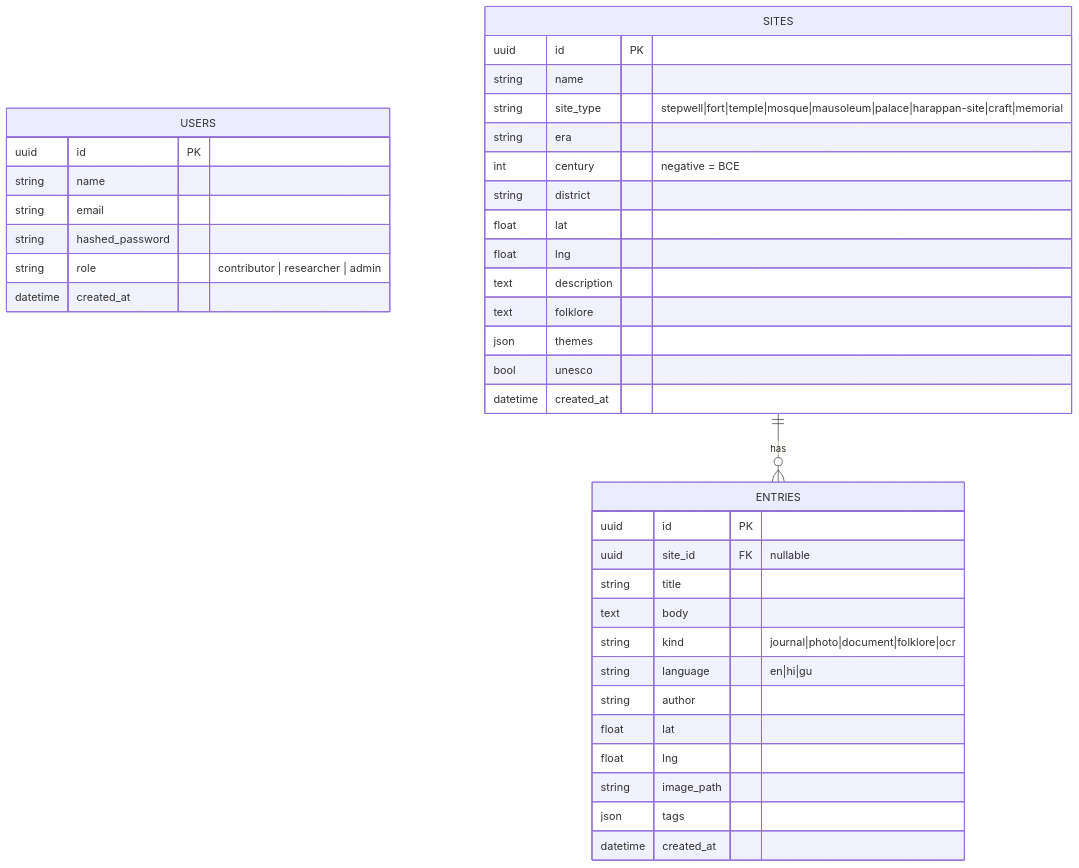
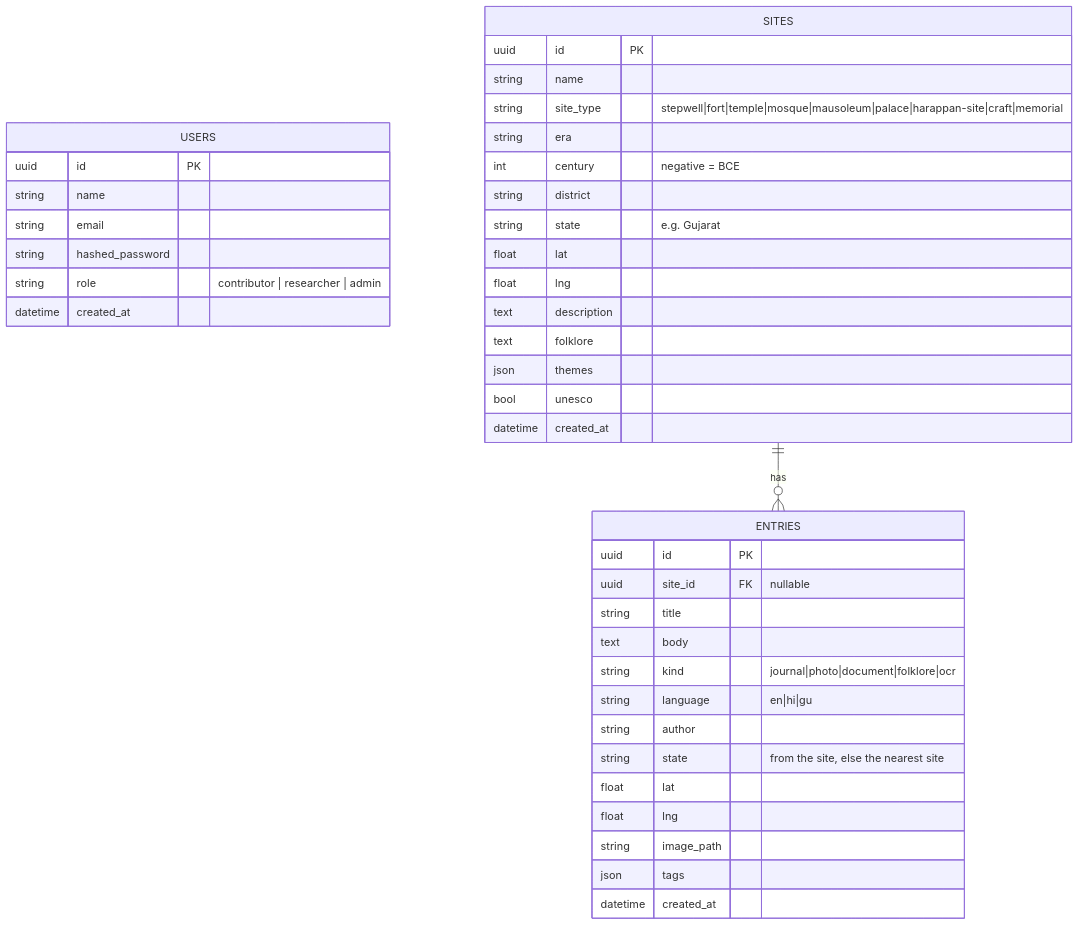
The second of 2 diagrams in README.md (visheshpandey/virasat-atlas), drawn with Mermaid before and after one commit. The commit also changed other lines of this file and 3 other files, not shown here.

First line of the commit message:
Add region selector: All India or a state, with counts, scoped map, search, timeline and stats

````diff
--- a/README.md
+++ b/README.md
@@ -47,41 +48,43 @@
 ```mermaid
 erDiagram
     USERS {
         uuid id PK
         string name
         string email
         string hashed_password
         string role "contributor | researcher | admin"
         datetime created_at
     }
     SITES {
         uuid id PK
         string name
         string site_type "stepwell|fort|temple|mosque|mausoleum|palace|harappan-site|craft|memorial"
         string era
         int century "negative = BCE"
         string district
+        string state "e.g. Gujarat"
         float lat
         float lng
         text description
         text folklore
         json themes
         bool unesco
         datetime created_at
     }
     ENTRIES {
         uuid id PK
         uuid site_id FK "nullable"
         string title
         text body
         string kind "journal|photo|document|folklore|ocr"
         string language "en|hi|gu"
         string author
+        string state "from the site, else the nearest site"
         float lat
         float lng
         string image_path
         json tags
         datetime created_at
     }
     SITES ||--o{ ENTRIES : "has"
 ```
````
